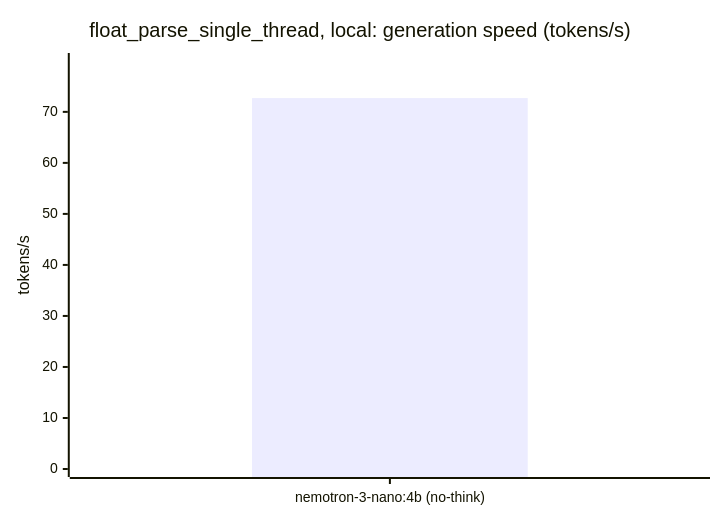
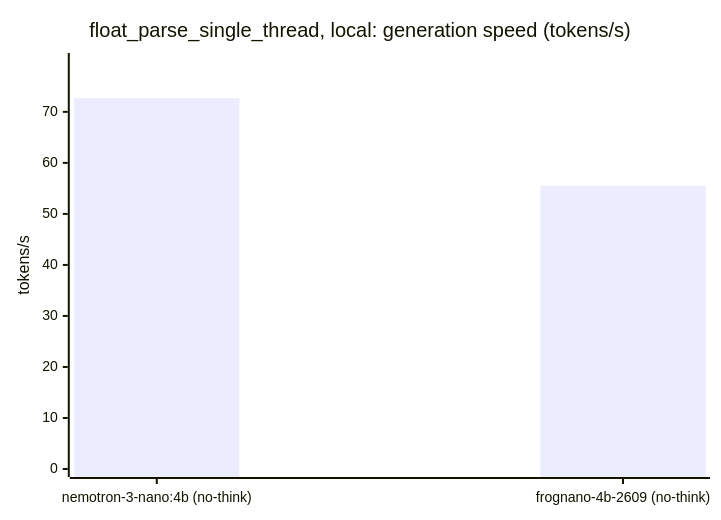
One commit to cklukas/OMEGA_TRANSFORM changed the fourth of 5 diagrams in docs/benchmarks/float_parse_single_thread.md. Above: the diagram before and after it, drawn with Mermaid. The commit also changed other lines of this file and 10 other files, not shown here.

````diff
--- a/docs/benchmarks/float_parse_single_thread.md
+++ b/docs/benchmarks/float_parse_single_thread.md
@@ -52,7 +54,7 @@
 ```mermaid
 xychart-beta
     title "float_parse_single_thread, local: generation speed (tokens/s)"
-    x-axis ["nemotron-3-nano:4b (no-think)"]
+    x-axis ["nemotron-3-nano:4b (no-think)", "frognano-4b-2609 (no-think)"]
     y-axis "tokens/s" 0 --> 79.97
-    bar [72.7]
+    bar [72.7, 55.5]
 ```
````
